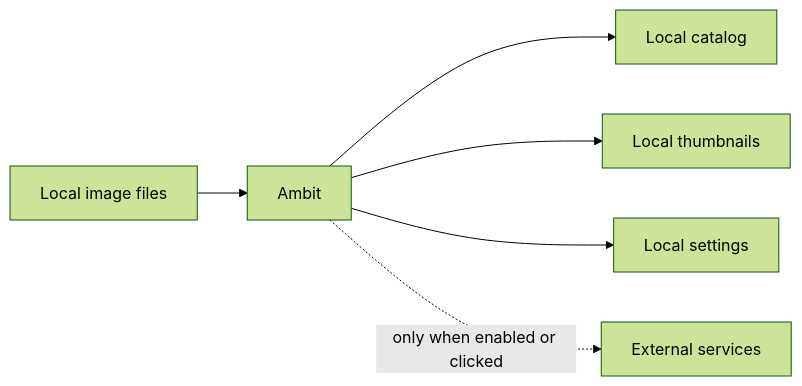
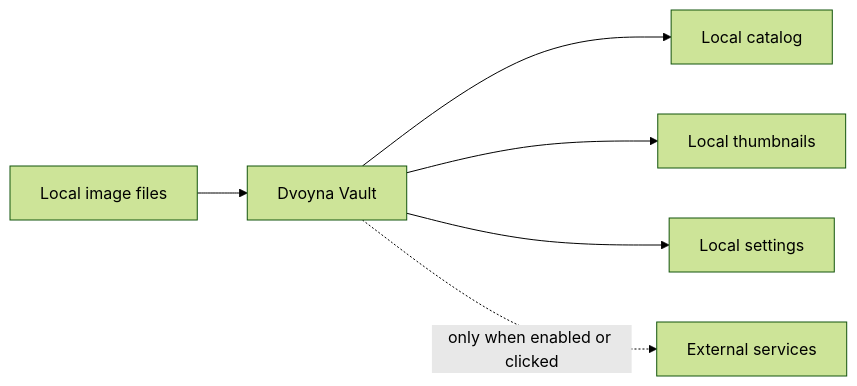
One commit to x0mirag0x/ambit changed the diagram in docs/manual/settings-and-privacy.md. Above: the diagram before and after it, drawn with Mermaid (forest theme). The commit also changed other lines of this file and 137 other files, not shown here.

First line of the commit message:
feat: rebrand the fork as Dvoyna Vault

````diff
--- a/docs/manual/settings-and-privacy.md
+++ b/docs/manual/settings-and-privacy.md
@@ -28,8 +28,8 @@
 ```mermaid
 flowchart LR
-    A["Local image files"] --> B["Ambit"]
+    A["Local image files"] --> B["Dvoyna Vault"]
     B --> C["Local catalog"]
     B --> D["Local thumbnails"]
     B --> E["Local settings"]
     B -. "only when enabled or clicked" .-> F["External services"]
 ```
````
